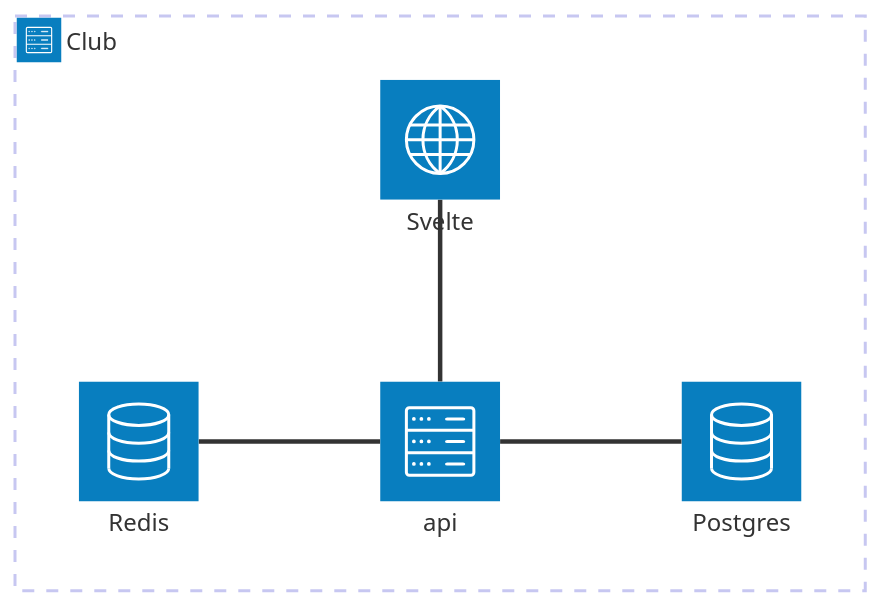
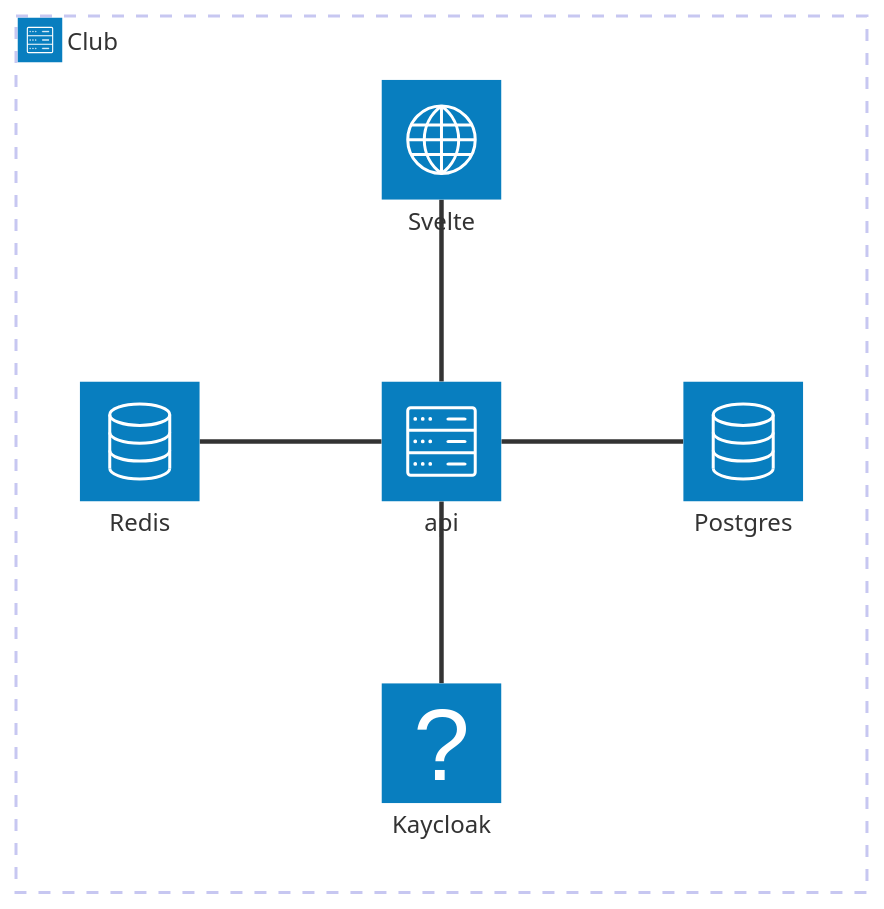
The diagram in README.md (kayordDX/club), drawn with Mermaid before and after one commit.

Commit message:
Update README architecture diagram with Keycloak service

````diff
--- a/README.md
+++ b/README.md
@@ -113,13 +113,15 @@
 ```mermaid
 architecture-beta
     group club(server)[Club]
 
     service db(database)[Postgres] in club
     service redis(database)[Redis] in club
     service api(server)[api] in club
     service svelte(internet)[Svelte] in club
+    service keycloak(auth)[Kaycloak] in club
 
     svelte:B -- T:api
     db:L -- R:api
     redis:R -- L:api
+    keycloak:T -- B:api
 ```
````
